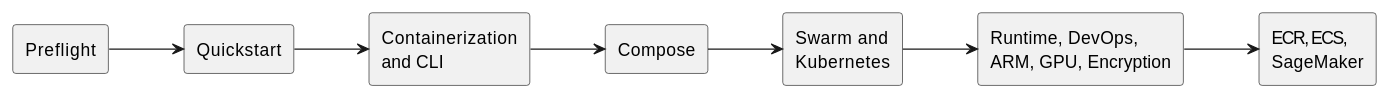
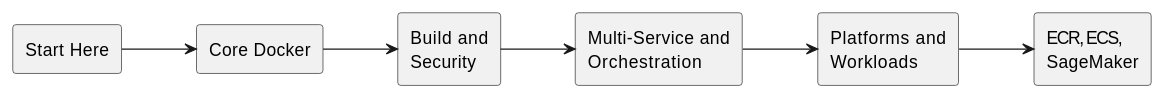
The diagram in sphinx/docker/source/index.rst (oneoffcoder/books), drawn with PlantUML before and after one commit. The commit also changed other lines of this file and 95 other files, not shown here.

```diff
--- a/sphinx/docker/source/index.rst
+++ b/sphinx/docker/source/index.rst
@@ -36,19 +38,17 @@
 .. uml::
 
    @startuml
    left to right direction
    skinparam shadowing false
-   rectangle "Preflight" as preflight
-   rectangle "Quickstart" as quickstart
-   rectangle "Containerization\nand CLI" as core
-   rectangle "Compose" as compose
-   rectangle "Swarm and\nKubernetes" as orchestration
-   rectangle "Runtime, DevOps,\nARM, GPU, Encryption" as operations
+   rectangle "Start Here" as start
+   rectangle "Core Docker" as core
+   rectangle "Build and\nSecurity" as build
+   rectangle "Multi-Service and\nOrchestration" as orchestration
+   rectangle "Platforms and\nWorkloads" as operations
    rectangle "ECR, ECS,\nSageMaker" as deployment
-   preflight --> quickstart
-   quickstart --> core
-   core --> compose
-   compose --> orchestration
+   start --> core
+   core --> build
+   build --> orchestration
    orchestration --> operations
    operations --> deployment
    @enduml
```
